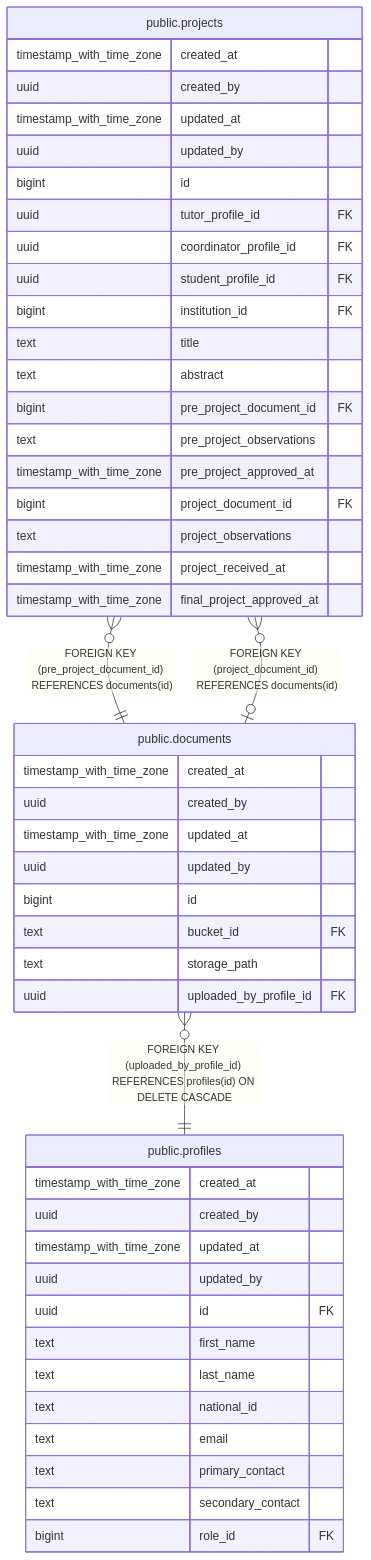
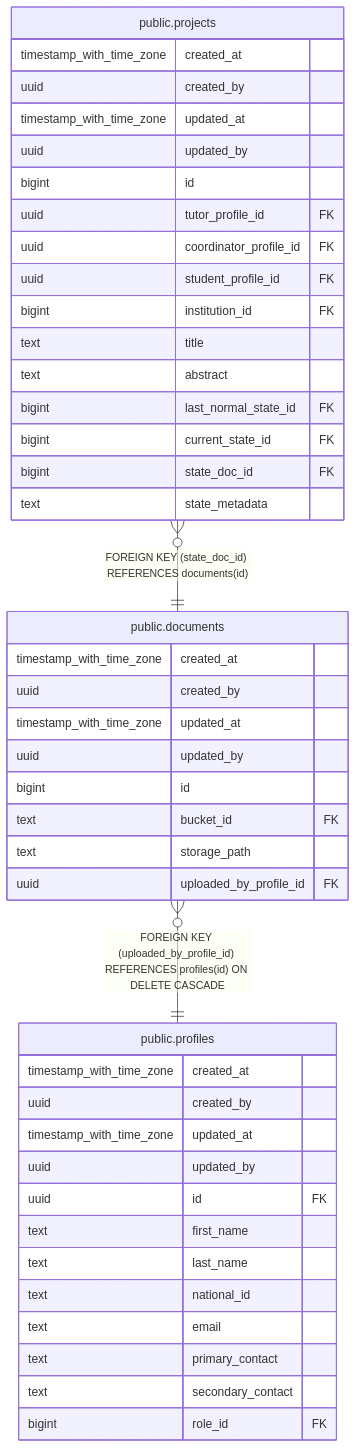
Before and after one commit to icristianhernandez/academic-service-backend: the diagram in docs/db/tbls/public.documents.md, drawn with Mermaid. The commit also changed 16 other files, not shown here.

````diff
--- a/docs/db/tbls/public.documents.md
+++ b/docs/db/tbls/public.documents.md
@@ -43,52 +43,48 @@
 ```mermaid
 erDiagram
 
-"public.projects" }o--|| "public.documents" : "FOREIGN KEY (pre_project_document_id) REFERENCES documents(id)"
-"public.projects" }o--o| "public.documents" : "FOREIGN KEY (project_document_id) REFERENCES documents(id)"
+"public.projects" }o--|| "public.documents" : "FOREIGN KEY (state_doc_id) REFERENCES documents(id)"
 "public.documents" }o--|| "public.profiles" : "FOREIGN KEY (uploaded_by_profile_id) REFERENCES profiles(id) ON DELETE CASCADE"
 
 "public.documents" {
   timestamp_with_time_zone created_at ""
   uuid created_by ""
   timestamp_with_time_zone updated_at ""
   uuid updated_by ""
   bigint id ""
   text bucket_id FK ""
   text storage_path ""
   uuid uploaded_by_profile_id FK ""
 }
 "public.projects" {
   timestamp_with_time_zone created_at ""
   uuid created_by ""
   timestamp_with_time_zone updated_at ""
   uuid updated_by ""
   bigint id ""
   uuid tutor_profile_id FK ""
   uuid coordinator_profile_id FK ""
   uuid student_profile_id FK ""
   bigint institution_id FK ""
   text title ""
   text abstract ""
-  bigint pre_project_document_id FK ""
-  text pre_project_observations ""
-  timestamp_with_time_zone pre_project_approved_at ""
-  bigint project_document_id FK ""
-  text project_observations ""
-  timestamp_with_time_zone project_received_at ""
-  timestamp_with_time_zone final_project_approved_at ""
+  bigint last_normal_state_id FK ""
+  bigint current_state_id FK ""
+  bigint state_doc_id FK ""
+  text state_metadata ""
 }
 "public.profiles" {
   timestamp_with_time_zone created_at ""
   uuid created_by ""
   timestamp_with_time_zone updated_at ""
   uuid updated_by ""
   uuid id FK ""
   text first_name ""
   text last_name ""
   text national_id ""
   text email ""
   text primary_contact ""
   text secondary_contact ""
   bigint role_id FK ""
 }
 ```
````
